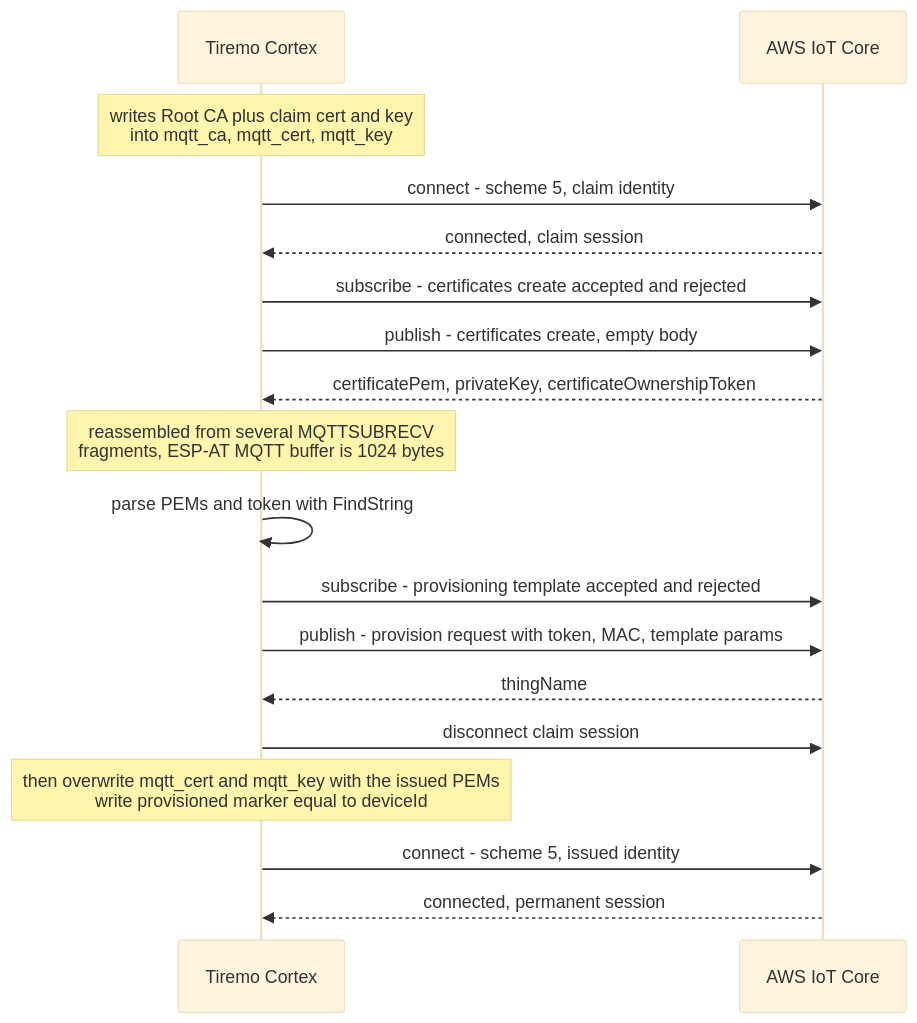
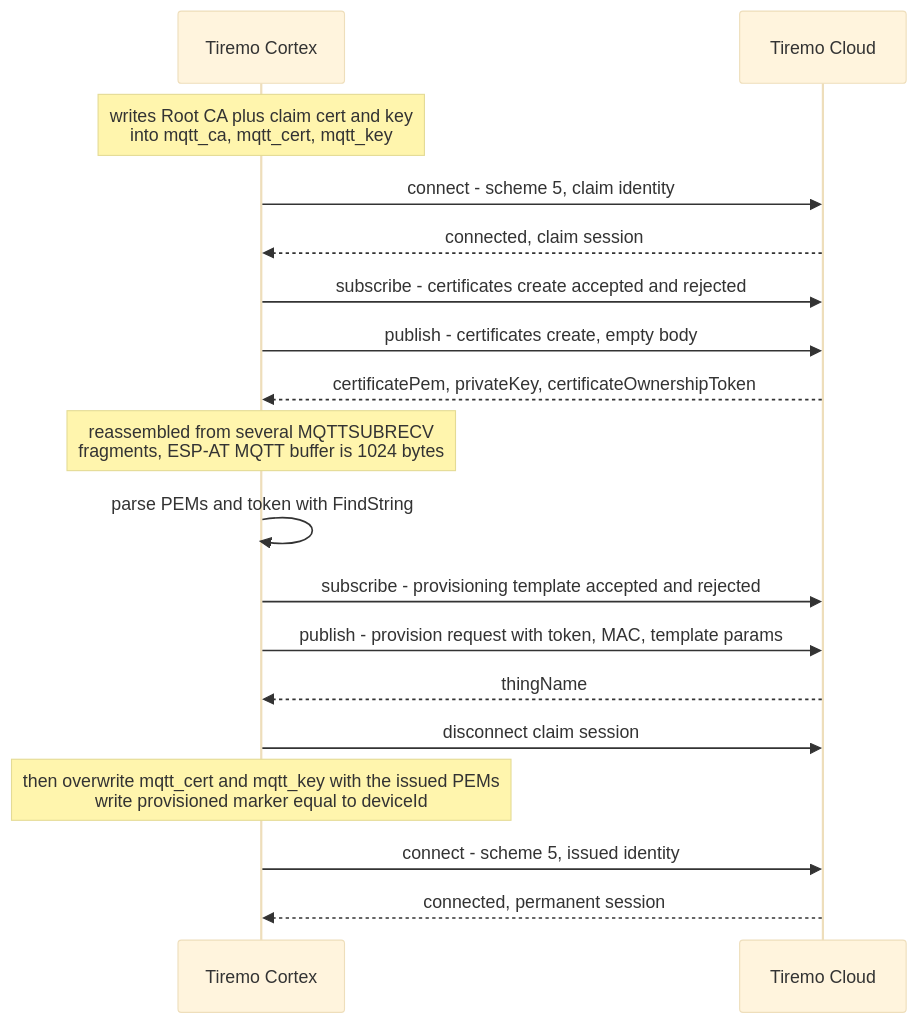
One commit to Empa-Electronics/Tiremo-Cortex-Tutorials changed the second of 2 diagrams in Tiremo_Cloud/Feature_Tutorials/03-Fleet_Provisioning_By_Claim/README.md. Above: the diagram before and after it, drawn with Mermaid (base theme). The commit also changed other lines of this file and 113 other files, not shown here.

````diff
--- a/Tiremo_Cloud/Feature_Tutorials/03-Fleet_Provisioning_By_Claim/README.md
+++ b/Tiremo_Cloud/Feature_Tutorials/03-Fleet_Provisioning_By_Claim/README.md
@@ -120,24 +173,24 @@
 ```mermaid
 sequenceDiagram
     participant Board as Tiremo Cortex
-    participant AWS as AWS IoT Core
+    participant Cloud as Tiremo Cloud
 
     Note over Board: writes Root CA plus claim cert and key<br/>into mqtt_ca, mqtt_cert, mqtt_key
-    Board->>AWS: connect - scheme 5, claim identity
-    AWS-->>Board: connected, claim session
+    Board->>Cloud: connect - scheme 5, claim identity
+    Cloud-->>Board: connected, claim session
 
-    Board->>AWS: subscribe - certificates create accepted and rejected
-    Board->>AWS: publish - certificates create, empty body
-    AWS-->>Board: certificatePem, privateKey, certificateOwnershipToken
+    Board->>Cloud: subscribe - certificates create accepted and rejected
+    Board->>Cloud: publish - certificates create, empty body
+    Cloud-->>Board: certificatePem, privateKey, certificateOwnershipToken
     Note over Board: reassembled from several MQTTSUBRECV<br/>fragments, ESP-AT MQTT buffer is 1024 bytes
     Board->>Board: parse PEMs and token with FindString
 
-    Board->>AWS: subscribe - provisioning template accepted and rejected
-    Board->>AWS: publish - provision request with token, MAC, template params
-    AWS-->>Board: thingName
+    Board->>Cloud: subscribe - provisioning template accepted and rejected
+    Board->>Cloud: publish - provision request with token, MAC, template params
+    Cloud-->>Board: thingName
 
-    Board->>AWS: disconnect claim session
+    Board->>Cloud: disconnect claim session
     Note over Board: then overwrite mqtt_cert and mqtt_key with the issued PEMs<br/>write provisioned marker equal to deviceId
-    Board->>AWS: connect - scheme 5, issued identity
-    AWS-->>Board: connected, permanent session
+    Board->>Cloud: connect - scheme 5, issued identity
+    Cloud-->>Board: connected, permanent session
 ```
````
